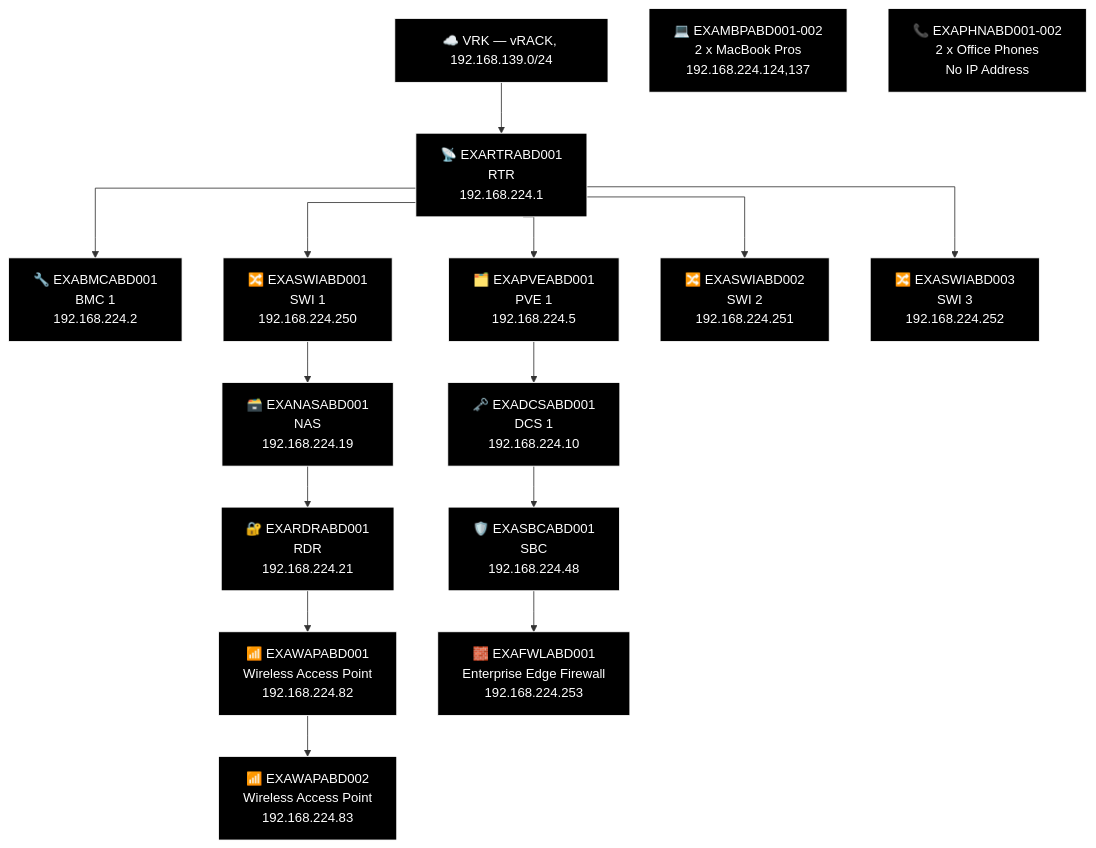
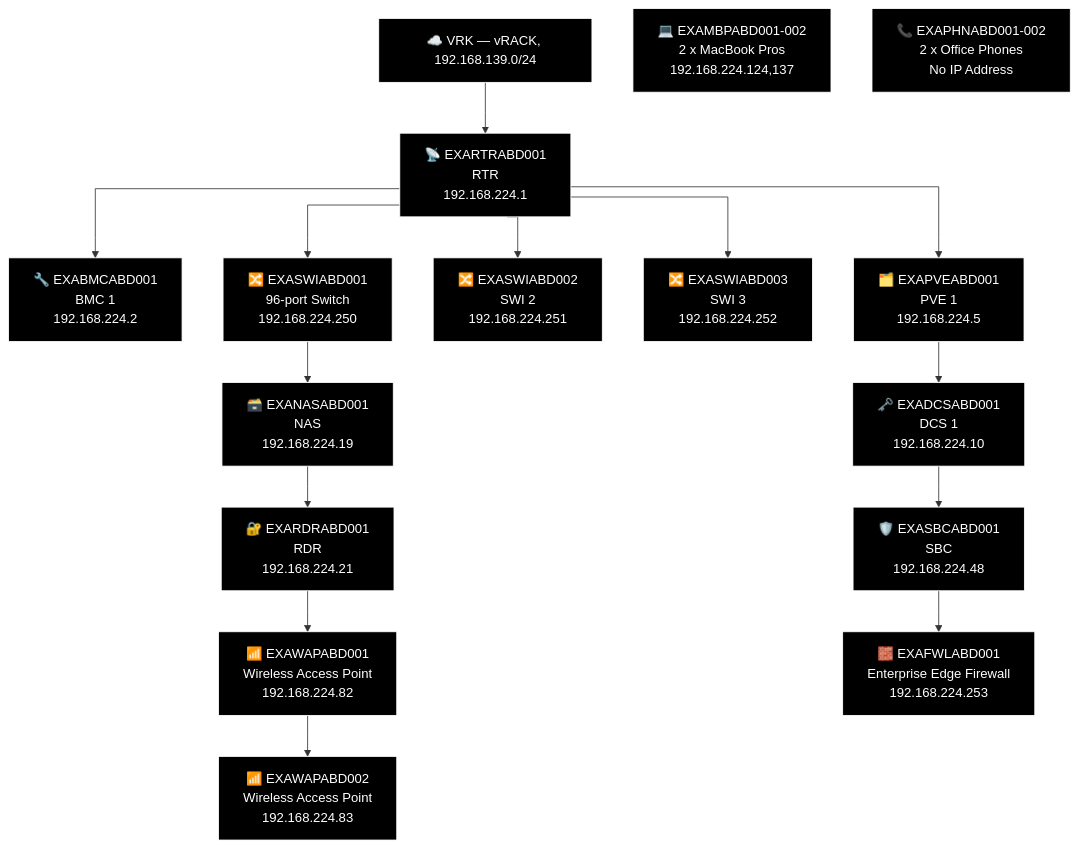
Before and after one commit to knightmare2600/example_music_infra: diagram 21 of 21 in docs/network-diagram/scotland.md, drawn with Mermaid. The commit also changed other lines of this file and 20 other files, not shown here.

````diff
--- a/docs/network-diagram/scotland.md
+++ b/docs/network-diagram/scotland.md
@@ -1155,46 +1155,46 @@
 ```mermaid
 %% GENERATED:TOPOLOGY:ABD:START
 %%{init: {'flowchart': {'curve': 'stepAfter'}}}%%
 graph TD
     T_VRK["☁️ VRK — vRACK, 192.168.139.0/24"]
     T_RTR["📡 EXARTRABD001<br/>RTR<br/>192.168.224.1"]
     T_VRK --> T_RTR
     T_BMC["🔧 EXABMCABD001<br/>BMC 1<br/>192.168.224.2"]
     T_RTR --> T_BMC
     T_PVE["🗂️ EXAPVEABD001<br/>PVE 1<br/>192.168.224.5"]
     T_RTR --> T_PVE
-    T_SWI["🔀 EXASWIABD001<br/>SWI 1<br/>192.168.224.250"]
+    T_SWI["🔀 EXASWIABD002<br/>SWI 2<br/>192.168.224.251"]
     T_RTR --> T_SWI
-    T_SWI2["🔀 EXASWIABD002<br/>SWI 2<br/>192.168.224.251"]
+    T_SWI2["🔀 EXASWIABD003<br/>SWI 3<br/>192.168.224.252"]
     T_RTR --> T_SWI2
-    T_SWI3["🔀 EXASWIABD003<br/>SWI 3<br/>192.168.224.252"]
+    T_SWI3["🔀 EXASWIABD001<br/>96-port Switch<br/>192.168.224.250"]
     T_RTR --> T_SWI3
     T_NAS["🗃️ EXANASABD001<br/>NAS<br/>192.168.224.19"]
     T_RDR["🔐 EXARDRABD001<br/>RDR<br/>192.168.224.21"]
     T_WAP["📶 EXAWAPABD001<br/>Wireless Access Point<br/>192.168.224.82"]
     T_WAP2["📶 EXAWAPABD002<br/>Wireless Access Point<br/>192.168.224.83"]
-    T_SWI --> T_NAS --> T_RDR --> T_WAP --> T_WAP2
+    T_SWI3 --> T_NAS --> T_RDR --> T_WAP --> T_WAP2
     T_DCS["🗝️ EXADCSABD001<br/>DCS 1<br/>192.168.224.10"]
     T_SBC["🛡️ EXASBCABD001<br/>SBC<br/>192.168.224.48"]
     T_FWL["🧱 EXAFWLABD001<br/>Enterprise Edge Firewall<br/>192.168.224.253"]
     T_PVE --> T_DCS --> T_SBC --> T_FWL
     T_OTH_MBP["💻 EXAMBPABD001-002<br/>2 x MacBook Pros<br/>192.168.224.124,137"]
     T_OTH_PHN["📞 EXAPHNABD001-002<br/>2 x Office Phones<br/>No IP Address"]
     style T_VRK fill:#000000,stroke:#FFFFFF,color:#FFFFFF
     style T_RTR fill:#000000,stroke:#FFFFFF,color:#FFFFFF
     style T_BMC fill:#000000,stroke:#FFFFFF,color:#FFFFFF
     style T_PVE fill:#000000,stroke:#FFFFFF,color:#FFFFFF
     style T_SWI fill:#000000,stroke:#FFFFFF,color:#FFFFFF
     style T_SWI2 fill:#000000,stroke:#FFFFFF,color:#FFFFFF
     style T_SWI3 fill:#000000,stroke:#FFFFFF,color:#FFFFFF
     style T_NAS fill:#000000,stroke:#FFFFFF,color:#FFFFFF
     style T_RDR fill:#000000,stroke:#FFFFFF,color:#FFFFFF
     style T_WAP fill:#000000,stroke:#FFFFFF,color:#FFFFFF
     style T_WAP2 fill:#000000,stroke:#FFFFFF,color:#FFFFFF
     style T_DCS fill:#000000,stroke:#FFFFFF,color:#FFFFFF
     style T_SBC fill:#000000,stroke:#FFFFFF,color:#FFFFFF
     style T_FWL fill:#000000,stroke:#FFFFFF,color:#FFFFFF
     style T_OTH_MBP fill:#000000,stroke:#FFFFFF,color:#FFFFFF
     style T_OTH_PHN fill:#000000,stroke:#FFFFFF,color:#FFFFFF
 %% GENERATED:TOPOLOGY:ABD:END
 ```
````
